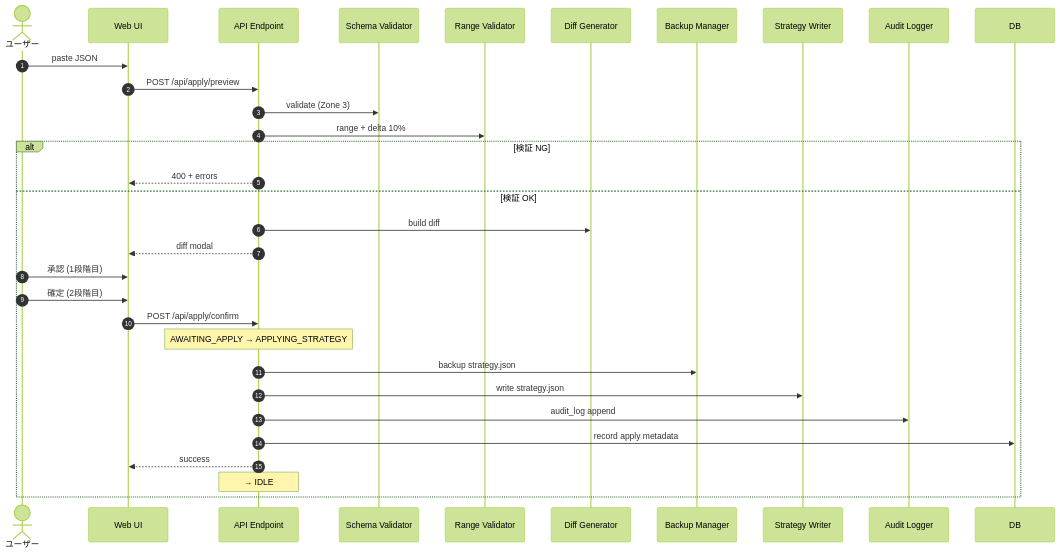
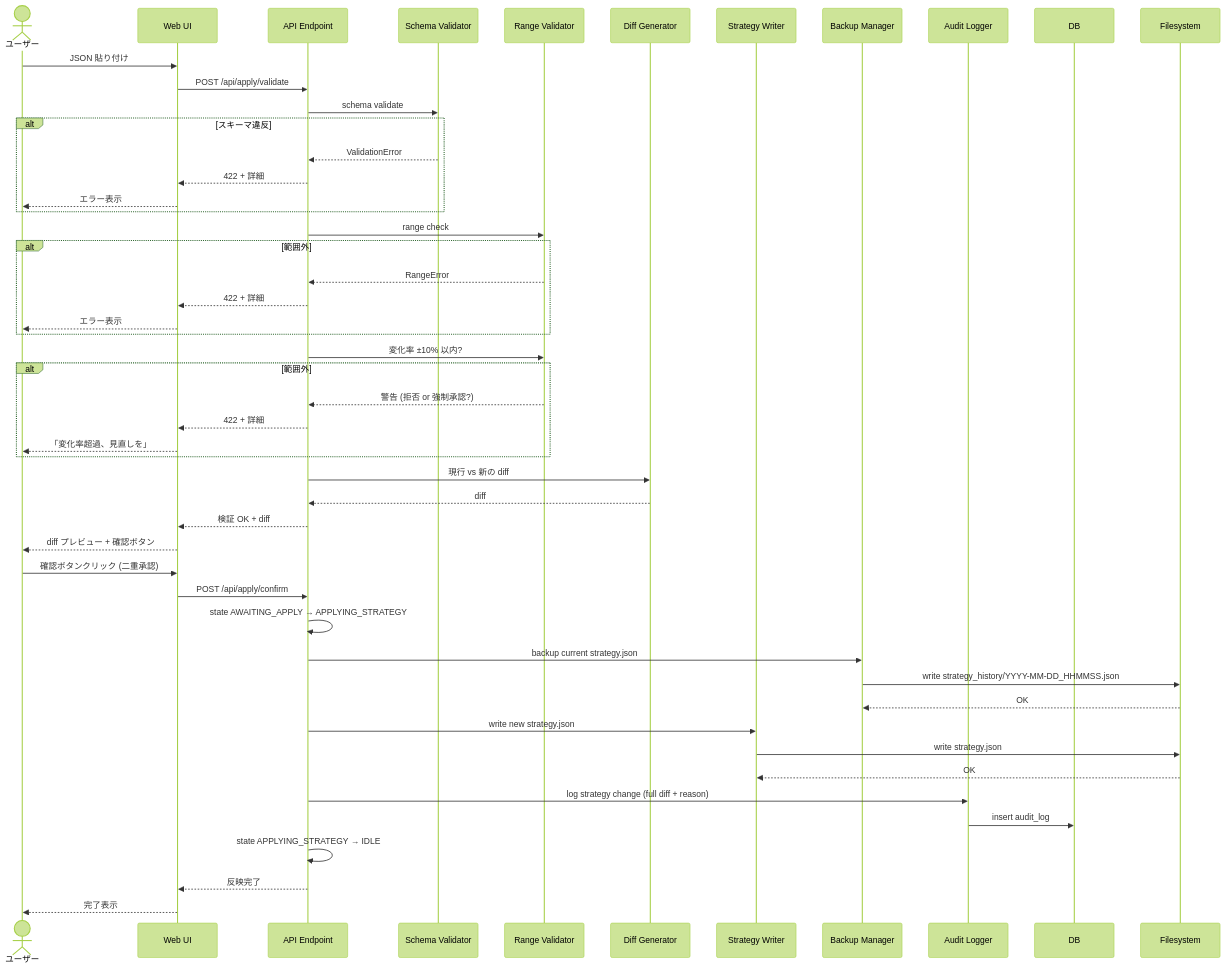
The fifth of 7 diagrams in docs/design/06_sequence.md (matrix9neonebuchadnezzar2199-sketch/YoRuu), drawn with Mermaid (forest theme) before and after one commit. The commit also changed other lines of this file and 8 other files, not shown here.

````diff
--- a/docs/design/06_sequence.md
+++ b/docs/design/06_sequence.md
@@ -153,35 +197,53 @@
 ```mermaid
 sequenceDiagram
-    autonumber
     actor U as ユーザー
-    participant WEB as Web UI
-    participant API as API Endpoint
+    participant UI as Web UI
+    participant AP as API Endpoint
     participant SV as Schema Validator
     participant RV as Range Validator
-    participant DF as Diff Generator
-    participant BW as Backup Manager
+    participant DG as Diff Generator
     participant SW as Strategy Writer
-    participant AUD as Audit Logger
-    participant DB as DB
+    participant BM as Backup Manager
+    participant AL as Audit Logger
+    participant DB
+    participant FS as Filesystem
 
-    U->>WEB: paste JSON
-    WEB->>API: POST /api/apply/preview
-    API->>SV: validate (Zone 3)
-    API->>RV: range + delta 10%
-    alt 検証 NG
-        API-->>WEB: 400 + errors
-    else 検証 OK
-        API->>DF: build diff
-        API-->>WEB: diff modal
-        U->>WEB: 承認 (1段階目)
-        U->>WEB: 確定 (2段階目)
-        WEB->>API: POST /api/apply/confirm
-        Note over API: AWAITING_APPLY → APPLYING_STRATEGY
-        API->>BW: backup strategy.json
-        API->>SW: write strategy.json
-        API->>AUD: audit_log append
-        API->>DB: record apply metadata
-        API-->>WEB: success
-        Note over API: → IDLE
+    U->>UI: JSON 貼り付け
+    UI->>AP: POST /api/apply/validate
+    AP->>SV: schema validate
+    alt スキーマ違反
+        SV-->>AP: ValidationError
+        AP-->>UI: 422 + 詳細
+        UI-->>U: エラー表示
     end
+    AP->>RV: range check
+    alt 範囲外
+        RV-->>AP: RangeError
+        AP-->>UI: 422 + 詳細
+        UI-->>U: エラー表示
+    end
+    AP->>RV: 変化率 ±10% 以内?
+    alt 範囲外
+        RV-->>AP: 警告 (拒否 or 強制承認?)
+        AP-->>UI: 422 + 詳細
+        UI-->>U: 「変化率超過、見直しを」
+    end
+    AP->>DG: 現行 vs 新の diff
+    DG-->>AP: diff
+    AP-->>UI: 検証 OK + diff
+    UI-->>U: diff プレビュー + 確認ボタン
+    U->>UI: 確認ボタンクリック (二重承認)
+    UI->>AP: POST /api/apply/confirm
+    AP->>AP: state AWAITING_APPLY → APPLYING_STRATEGY
+    AP->>BM: backup current strategy.json
+    BM->>FS: write strategy_history/YYYY-MM-DD_HHMMSS.json
+    FS-->>BM: OK
+    AP->>SW: write new strategy.json
+    SW->>FS: write strategy.json
+    FS-->>SW: OK
+    AP->>AL: log strategy change (full diff + reason)
+    AL->>DB: insert audit_log
+    AP->>AP: state APPLYING_STRATEGY → IDLE
+    AP-->>UI: 反映完了
+    UI-->>U: 完了表示
 ```
````
